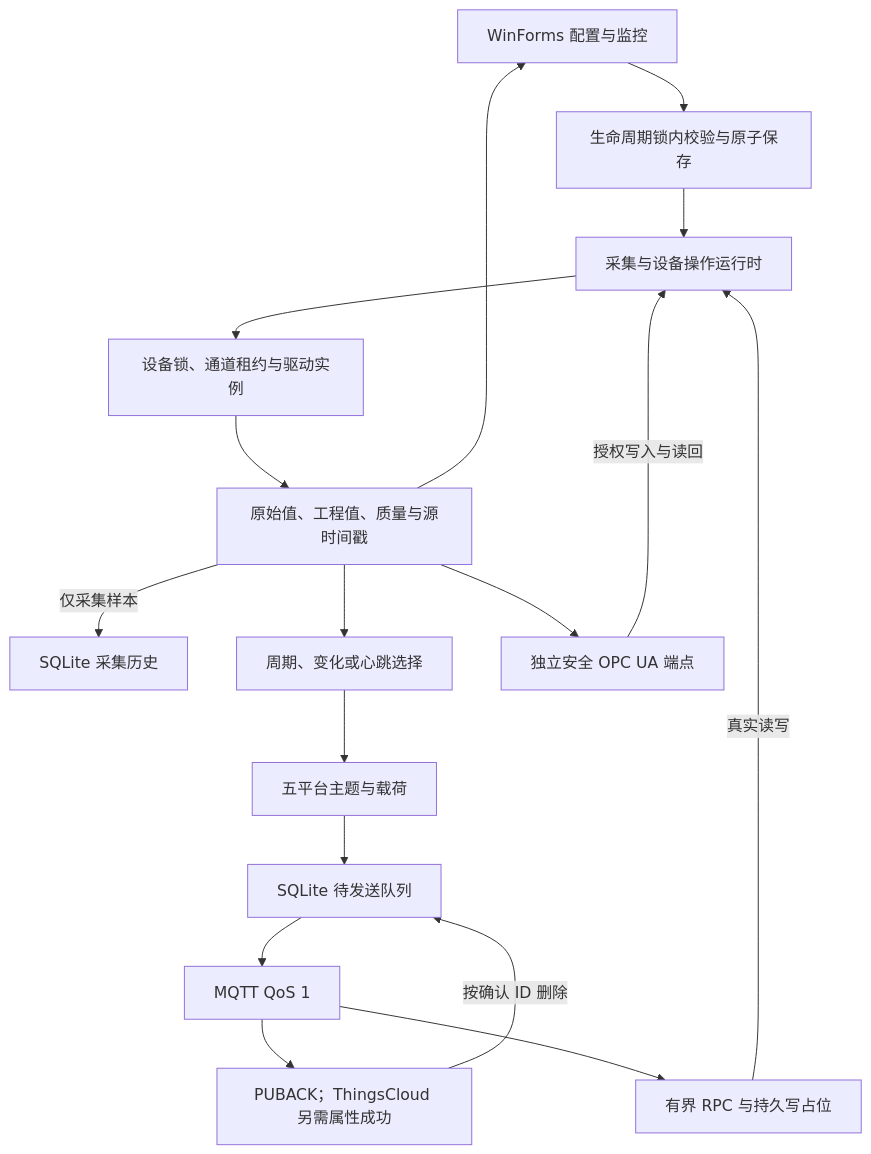
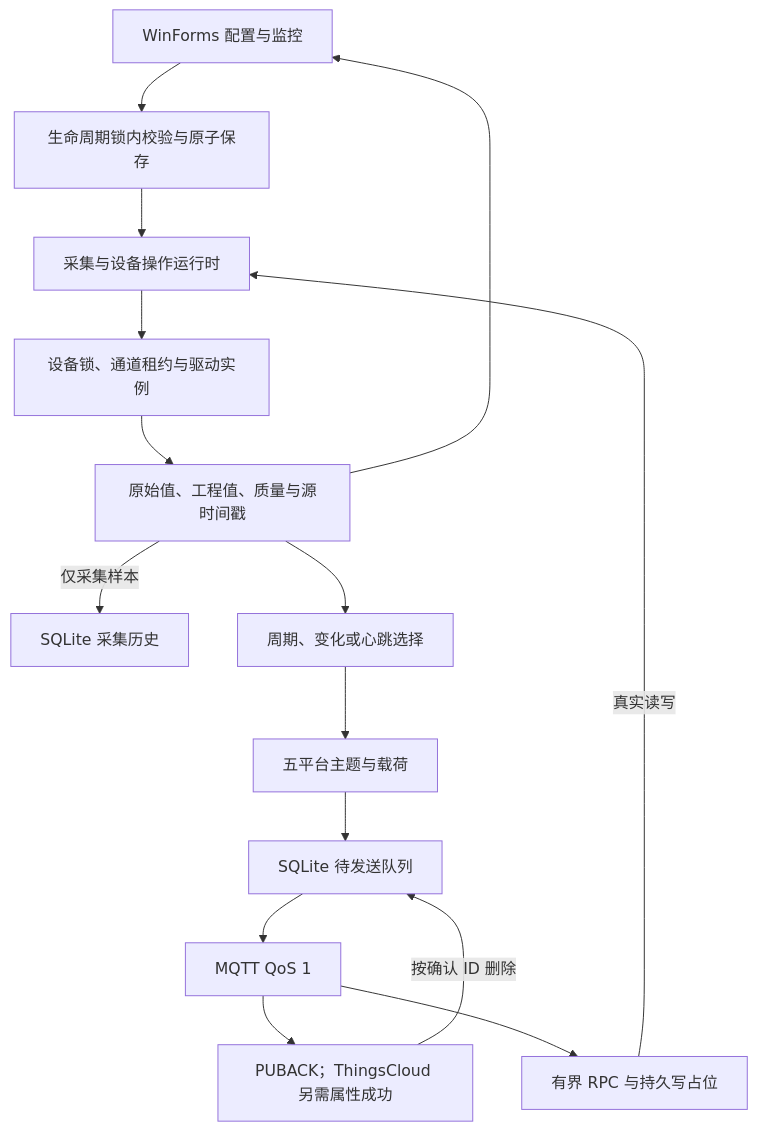
The diagram in .agents/skills/develop-edge-gateway/references/architecture.md (kingtentx/edge-gateway), drawn with Mermaid before and after one commit. The commit also changed other lines of this file and 47 other files, not shown here.

````diff
--- a/.agents/skills/develop-edge-gateway/references/architecture.md
+++ b/.agents/skills/develop-edge-gateway/references/architecture.md
@@ -21,19 +20,17 @@
 ```mermaid
 flowchart TD
     UI["WinForms 配置与监控"] --> Config["生命周期锁内校验与原子保存"]
     Config --> Runtime["采集与设备操作运行时"]
     Runtime --> Drivers["设备锁、通道租约与驱动实例"]
     Drivers --> Samples["原始值、工程值、质量与源时间戳"]
     Samples --> UI
     Samples -->|"仅采集样本"| History["SQLite 采集历史"]
     Samples --> Report["周期、变化或心跳选择"]
-    Samples --> UA["独立安全 OPC UA 端点"]
     Report --> Adapter["五平台主题与载荷"]
     Adapter --> Outbox["SQLite 待发送队列"]
     Outbox --> MQTT["MQTT QoS 1"]
     MQTT --> Ack["PUBACK；ThingsCloud 另需属性成功"]
     Ack -->|"按确认 ID 删除"| Outbox
     MQTT --> RPC["有界 RPC 与持久写占位"]
     RPC -->|"真实读写"| Runtime
-    UA -->|"授权写入与读回"| Runtime
 ```
````
